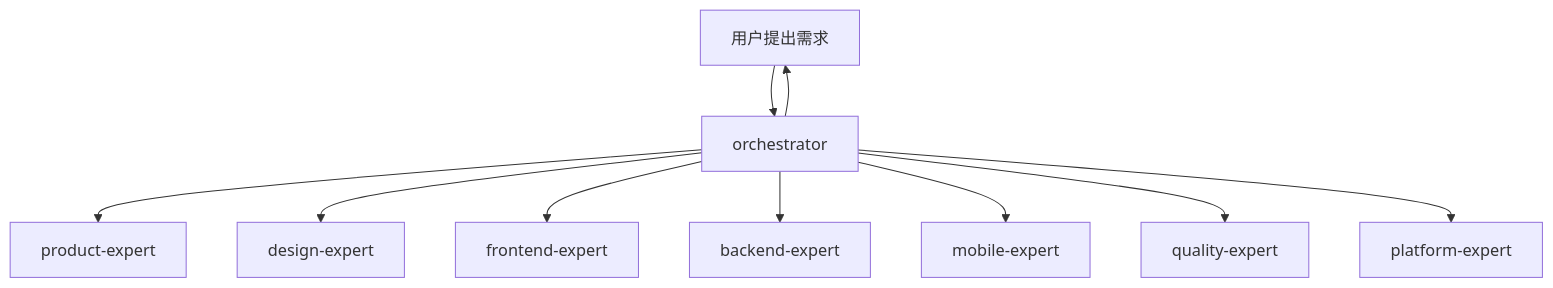
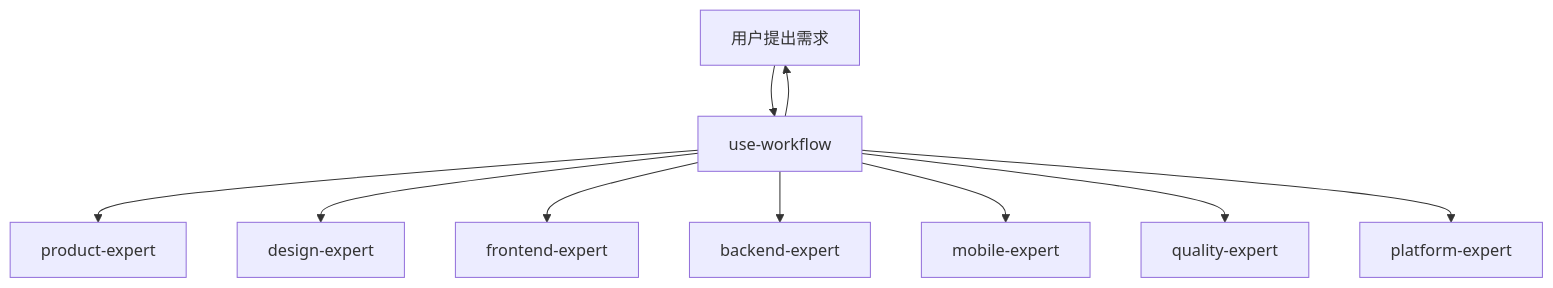
One commit to Tooooommy/Trae-Workflow changed the diagram in README.md. Above: the diagram before and after it, drawn with Mermaid. The commit also changed other lines of this file and 2 other files, not shown here.

````diff
--- a/README.md
+++ b/README.md
@@ -34,12 +34,12 @@
 ```mermaid
 flowchart TD
-    User[用户提出需求] --> Orchestrator[orchestrator]
-    Orchestrator --> Product[product-expert]
-    Orchestrator --> Design[design-expert]
-    Orchestrator --> Frontend[frontend-expert]
-    Orchestrator --> Backend[backend-expert]
-    Orchestrator --> Mobile[mobile-expert]
-    Orchestrator --> QA[quality-expert]
-    Orchestrator --> Ops[platform-expert]
-    Orchestrator --> User
+    User[用户提出需求] --> Workflow[use-workflow]
+    Workflow --> Product[product-expert]
+    Workflow --> Design[design-expert]
+    Workflow --> Frontend[frontend-expert]
+    Workflow --> Backend[backend-expert]
+    Workflow --> Mobile[mobile-expert]
+    Workflow --> QA[quality-expert]
+    Workflow --> Ops[platform-expert]
+    Workflow --> User
 ```
````
